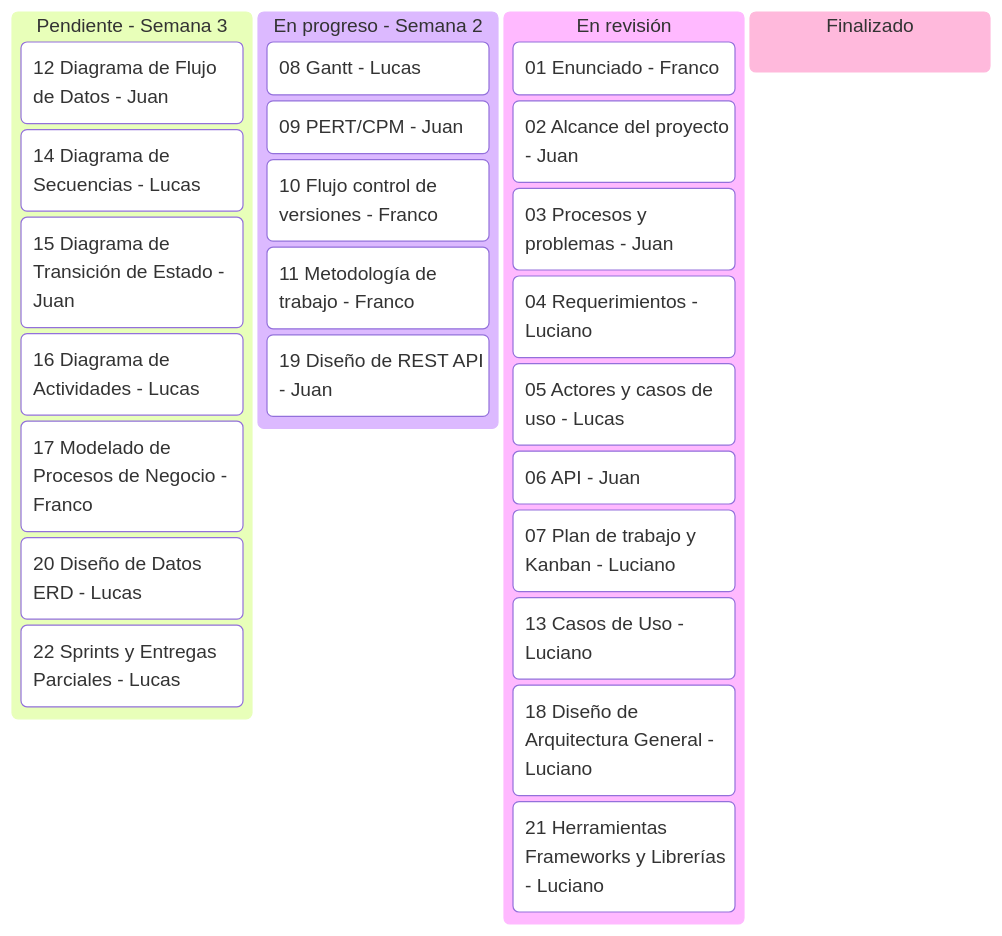
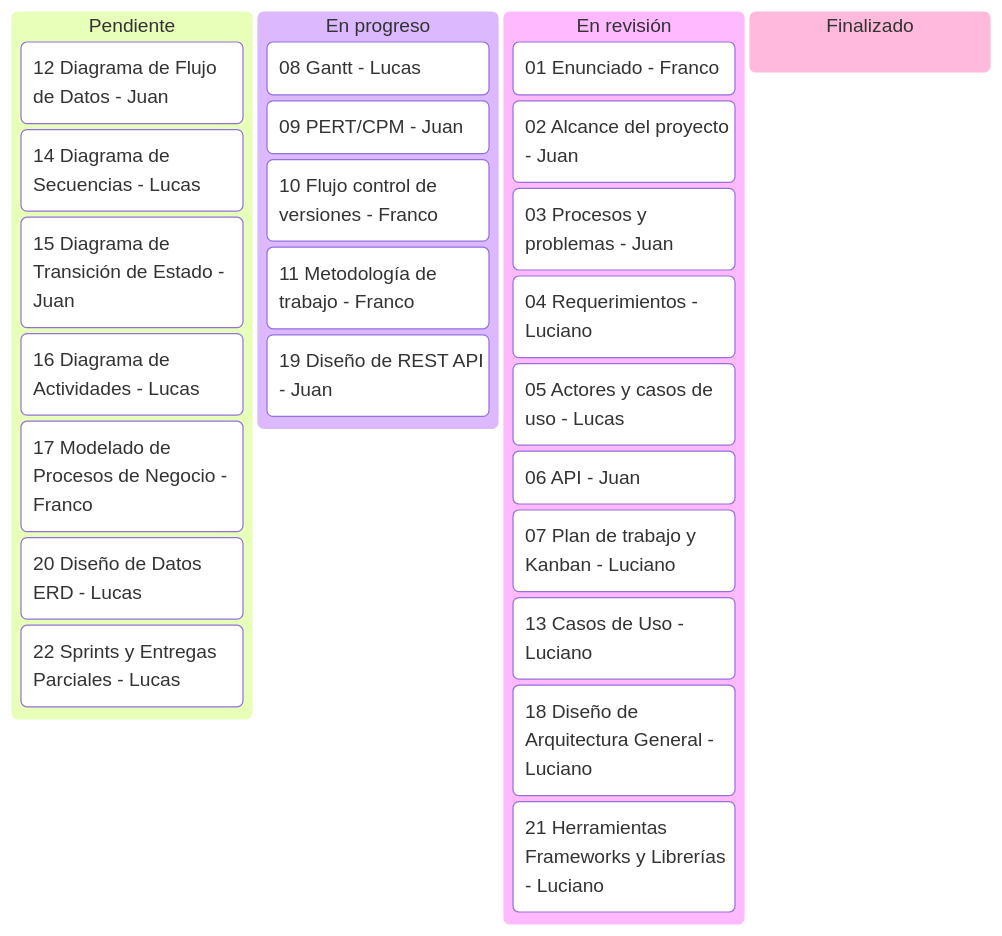
One commit to lucho-peralta/gestionTickets changed the diagram in documentacion/07_plan_de_trabajo_y_Kanban.md. Above: the diagram before and after it, drawn with Mermaid.

````diff
--- a/documentacion/07_plan_de_trabajo_y_Kanban.md
+++ b/documentacion/07_plan_de_trabajo_y_Kanban.md
@@ -74,29 +74,29 @@
 ```mermaid
 kanban
-  Pendiente[Pendiente - Semana 3]
+  Pendiente[Pendiente]
     s3a[12 Diagrama de Flujo de Datos - Juan]
     s3c[14 Diagrama de Secuencias - Lucas]
     s3d[15 Diagrama de Transición de Estado - Juan]
     s3e[16 Diagrama de Actividades - Lucas]
     s3f[17 Modelado de Procesos de Negocio - Franco]
     s4c[20 Diseño de Datos ERD - Lucas]
     s4e[22 Sprints y Entregas Parciales - Lucas]
-  En_progreso[En progreso - Semana 2]
+  En_progreso[En progreso]
     s2b[08 Gantt - Lucas]
     s2c[09 PERT/CPM - Juan]
     s2d[10 Flujo control de versiones - Franco]
     s2e[11 Metodología de trabajo - Franco]
     s4b[19 Diseño de REST API - Juan]
   En_revision[En revisión]
     s1a[01 Enunciado - Franco]
     s1b[02 Alcance del proyecto - Juan]
     s1c[03 Procesos y problemas - Juan]
     s1d[04 Requerimientos - Luciano]
     s1e[05 Actores y casos de uso - Lucas]
     s1f[06 API - Juan]
     s2a[07 Plan de trabajo y Kanban - Luciano]
     s3b[13 Casos de Uso - Luciano]
     s4a[18 Diseño de Arquitectura General - Luciano]
     s4d[21 Herramientas Frameworks y Librerías - Luciano]
   Finalizado[Finalizado]
 ```
````
